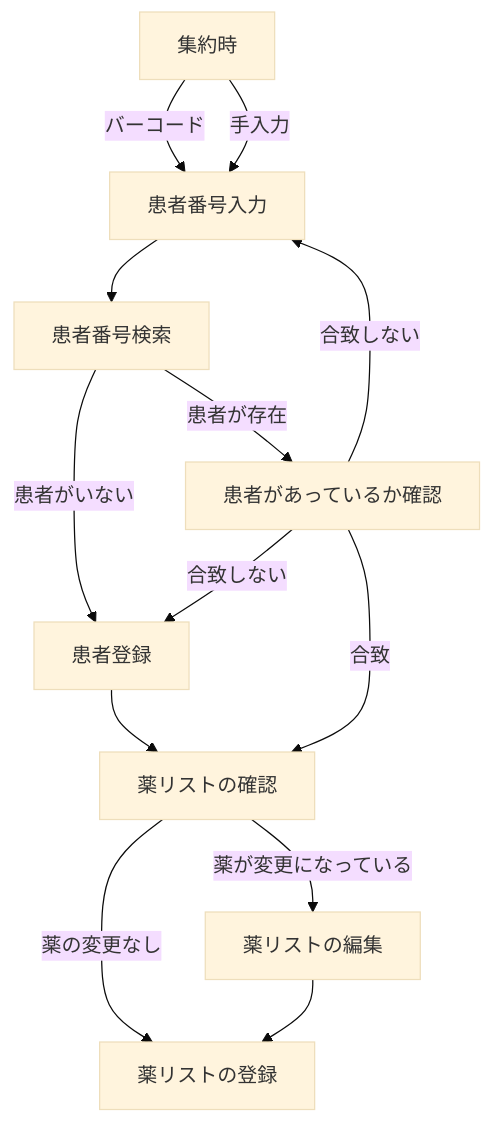
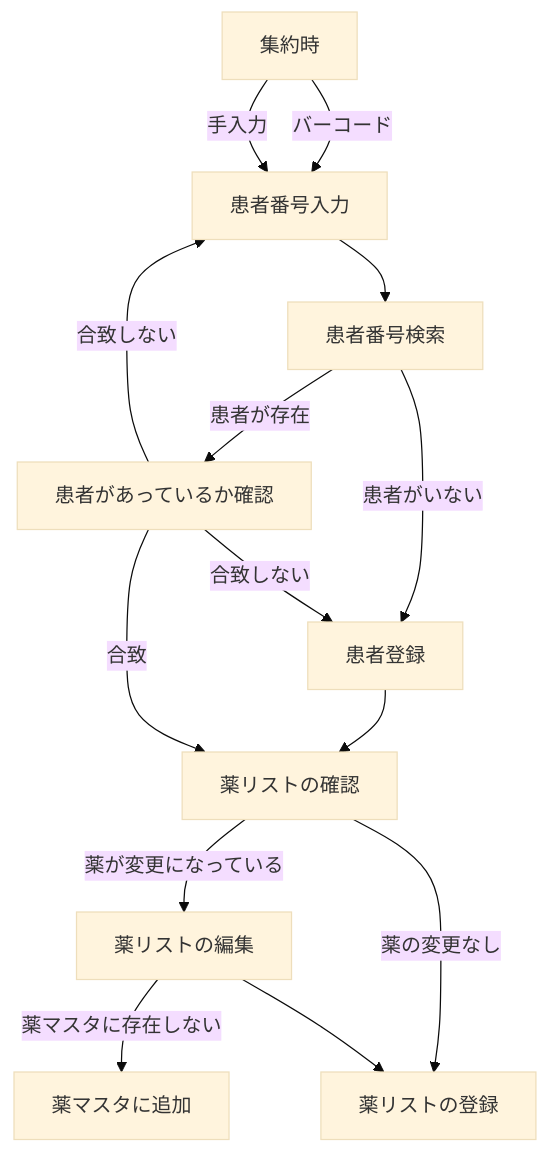
The first of 4 diagrams in readme.md (obutora/ODP_calc), drawn with Mermaid (base theme) before and after one commit. The commit also changed other lines of this file, not shown here.

````diff
--- a/readme.md
+++ b/readme.md
@@ -19,15 +19,16 @@
 ```mermaid
 flowchart TD
 集約時 -- バーコード --> 患者番号入力
 集約時 -- 手入力 --> 患者番号入力
 患者番号入力 --> 患者番号検索
 患者番号検索 -- 患者がいない --> 患者登録
 患者登録 --> 薬リストの確認
 患者番号検索 -- 患者が存在 --> 患者があっているか確認
 患者があっているか確認 -- 合致 --> 薬リストの確認
 患者があっているか確認 -- 合致しない --> 患者番号入力
 患者があっているか確認 -- 合致しない --> 患者登録
 薬リストの確認 -- 薬が変更になっている --> 薬リストの編集
 薬リストの確認 -- 薬の変更なし --> 薬リストの登録
+薬リストの編集 -- 薬マスタに存在しない --> 薬マスタに追加
 薬リストの編集 --> 薬リストの登録
 ```
````
